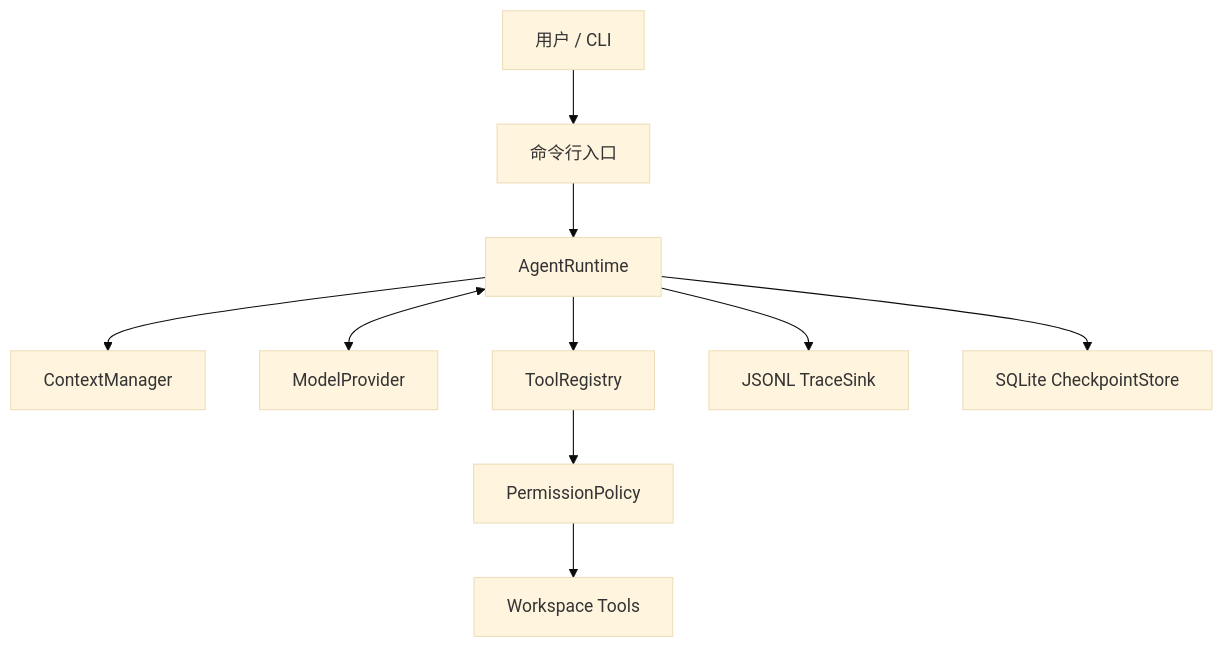
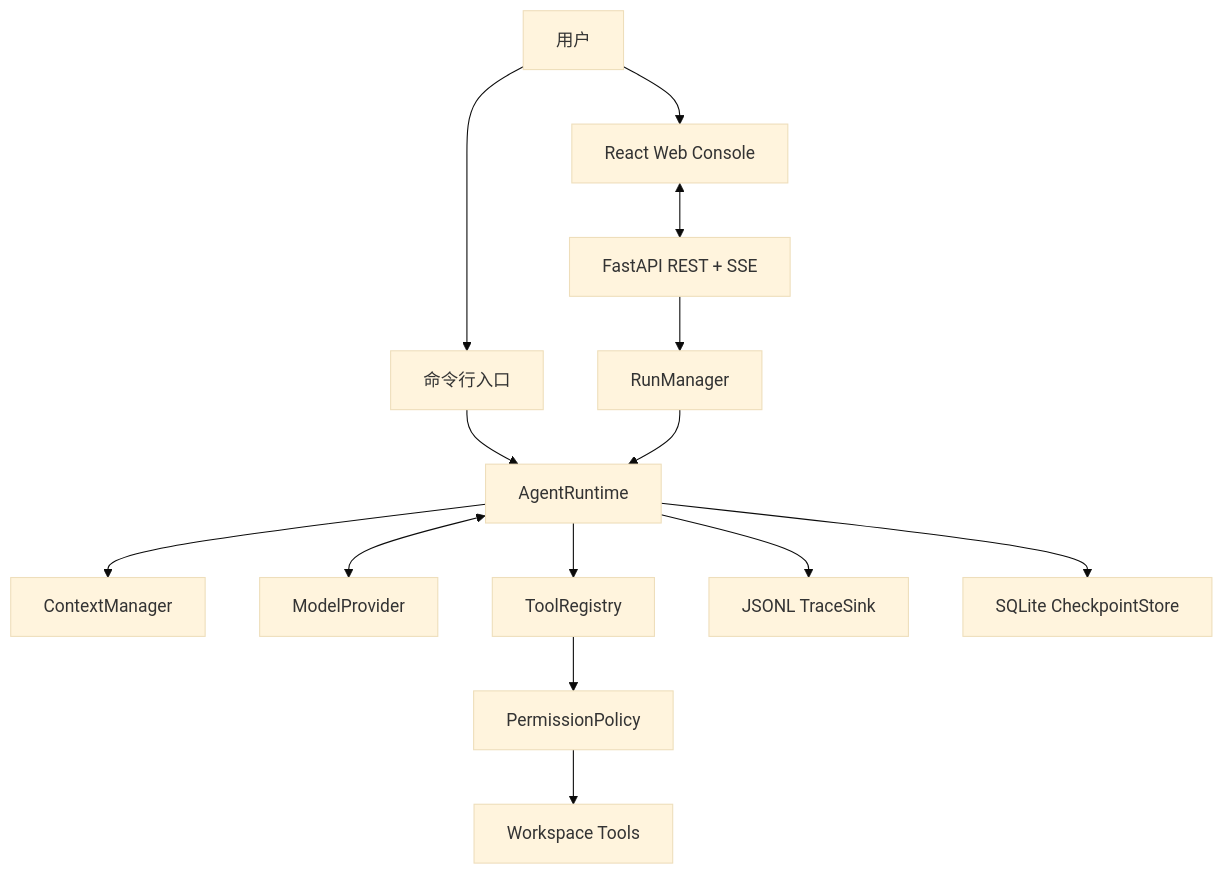
One commit to lucying-y/minicode-agent changed the first of 3 diagrams in docs/code-design.zh-CN.md. Above: the diagram before and after it, drawn with Mermaid (base theme). The commit also changed other lines of this file and 3 other files, not shown here.

Commit message:
docs: document web console workflow

````diff
--- a/docs/code-design.zh-CN.md
+++ b/docs/code-design.zh-CN.md
@@ -98,12 +101,16 @@
 ```mermaid
 flowchart TD
-    User["用户 / CLI"] --> CLI["命令行入口"]
+    User["用户"] --> CLI["命令行入口"]
+    User --> React["React Web Console"]
+    React <--> API["FastAPI REST + SSE"]
+    API --> Manager["RunManager"]
     CLI --> Runtime["AgentRuntime"]
+    Manager --> Runtime
     Runtime --> Context["ContextManager"]
     Runtime <--> Provider["ModelProvider"]
     Runtime --> Registry["ToolRegistry"]
     Registry --> Policy["PermissionPolicy"]
     Policy --> Tools["Workspace Tools"]
     Runtime --> Trace["JSONL TraceSink"]
     Runtime --> Checkpoint["SQLite CheckpointStore"]
 ```
````
